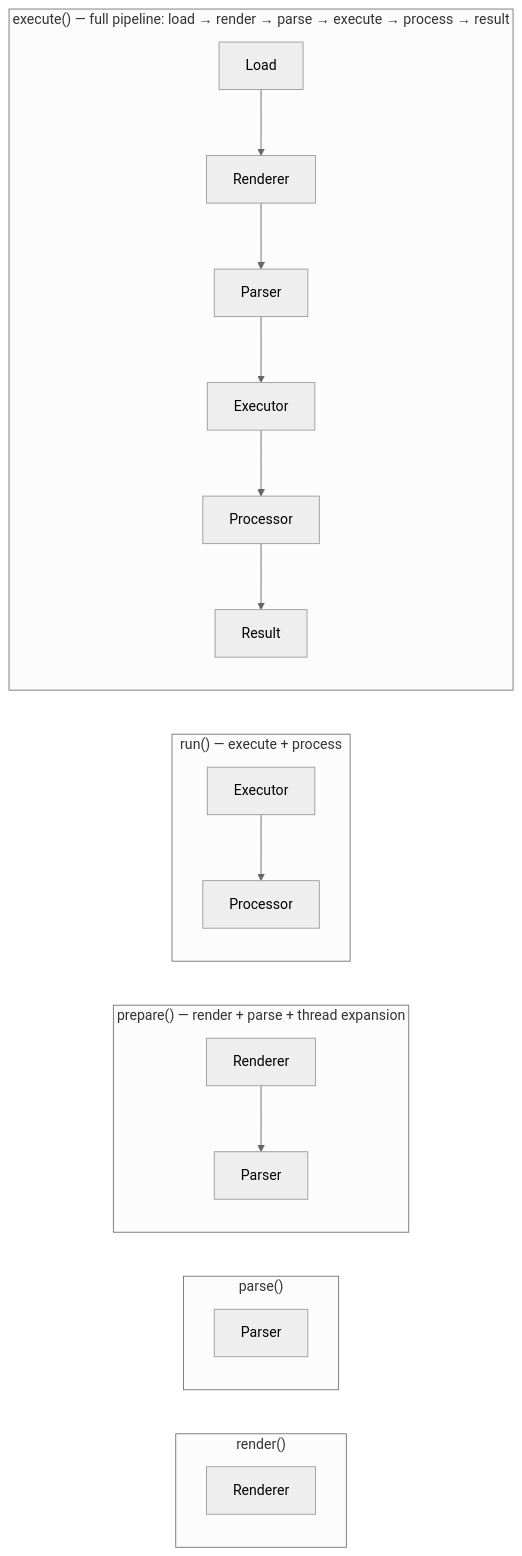
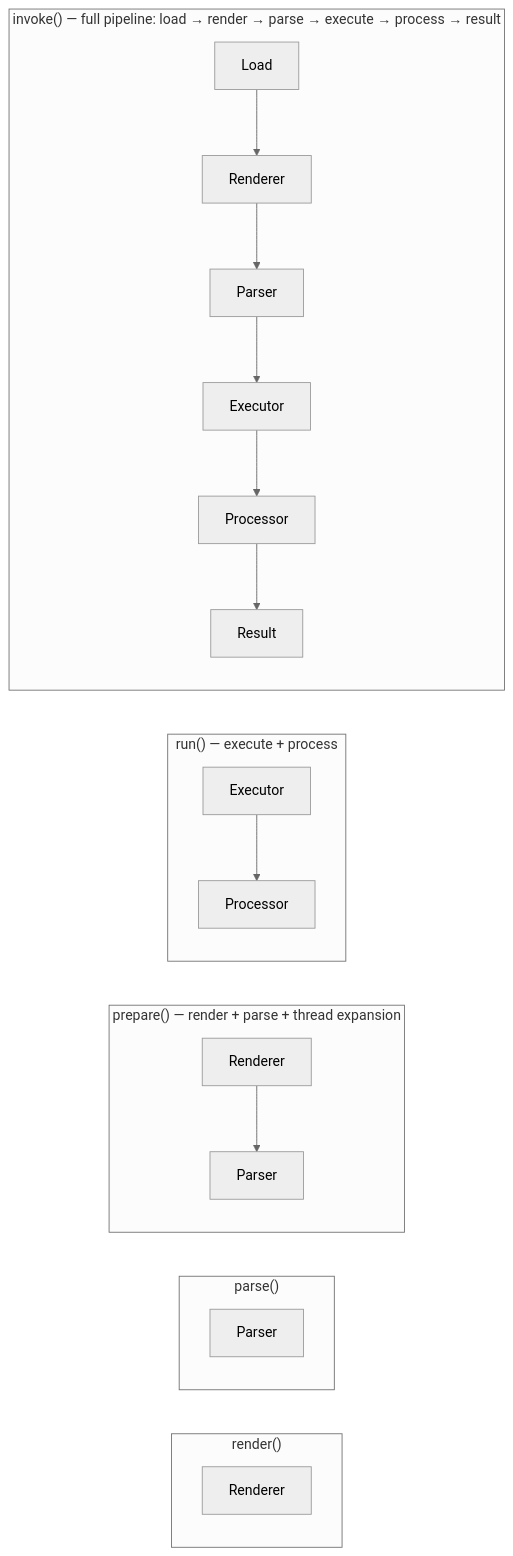
Before and after one commit to microsoft/prompty: the second of 2 diagrams in web/src/content/docs/core-concepts/pipeline.mdx, drawn with Mermaid (neutral theme). The commit also changed other lines of this file and 23 other files, not shown here.

First line of the commit message:
docs: rename execute/executeAgent to invoke/invokeAgent in documentation

````diff
--- a/web/src/content/docs/core-concepts/pipeline.mdx
+++ b/web/src/content/docs/core-concepts/pipeline.mdx
@@ -159,22 +159,22 @@
 ```mermaid
 graph LR
   subgraph render ["render()"]
     R["Renderer"]
   end
 
   subgraph parse ["parse()"]
     P["Parser"]
   end
 
   subgraph prepare ["prepare() — render + parse + thread expansion"]
     R2["Renderer"] --> P2["Parser"]
   end
 
   subgraph run ["run() — execute + process"]
     EX["Executor"] --> PR["Processor"]
   end
 
-  subgraph execute ["execute() — full pipeline: load → render → parse → execute → process → result"]
+  subgraph invoke ["invoke() — full pipeline: load → render → parse → execute → process → result"]
     L["Load"] --> R3["Renderer"] --> P3["Parser"] --> EX2["Executor"] --> PR2["Processor"] --> RES["Result"]
   end
 ```
````
